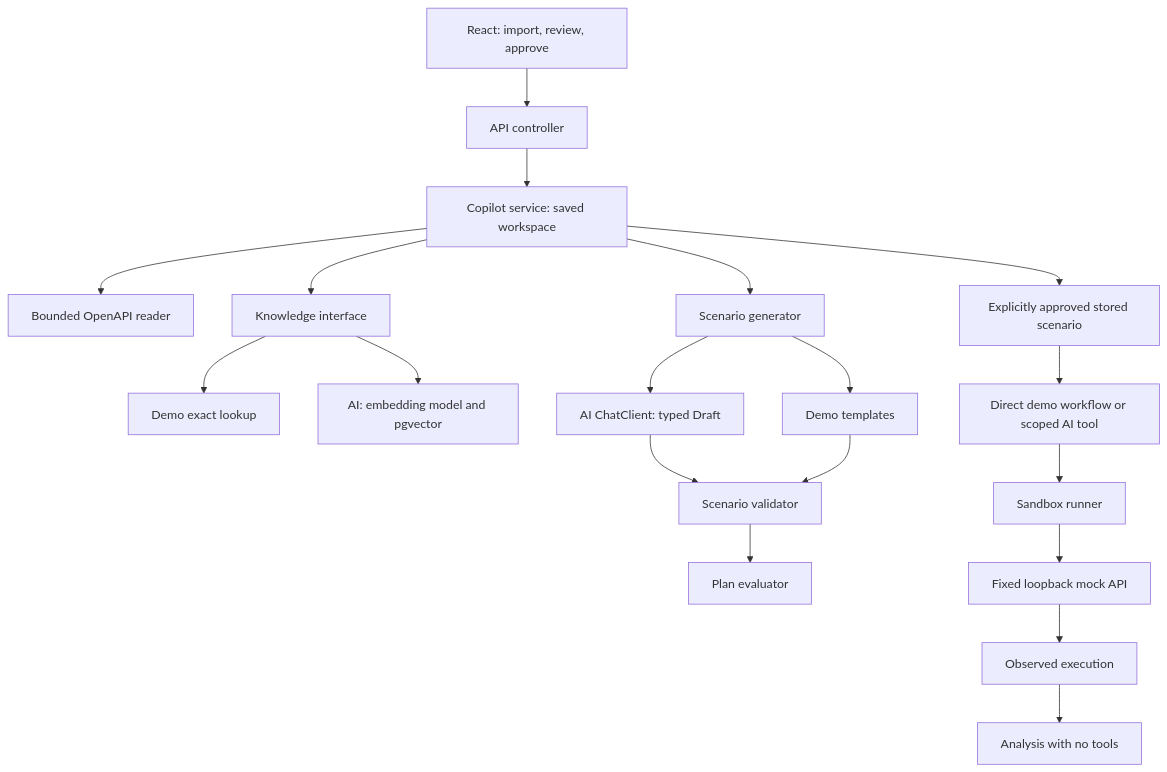
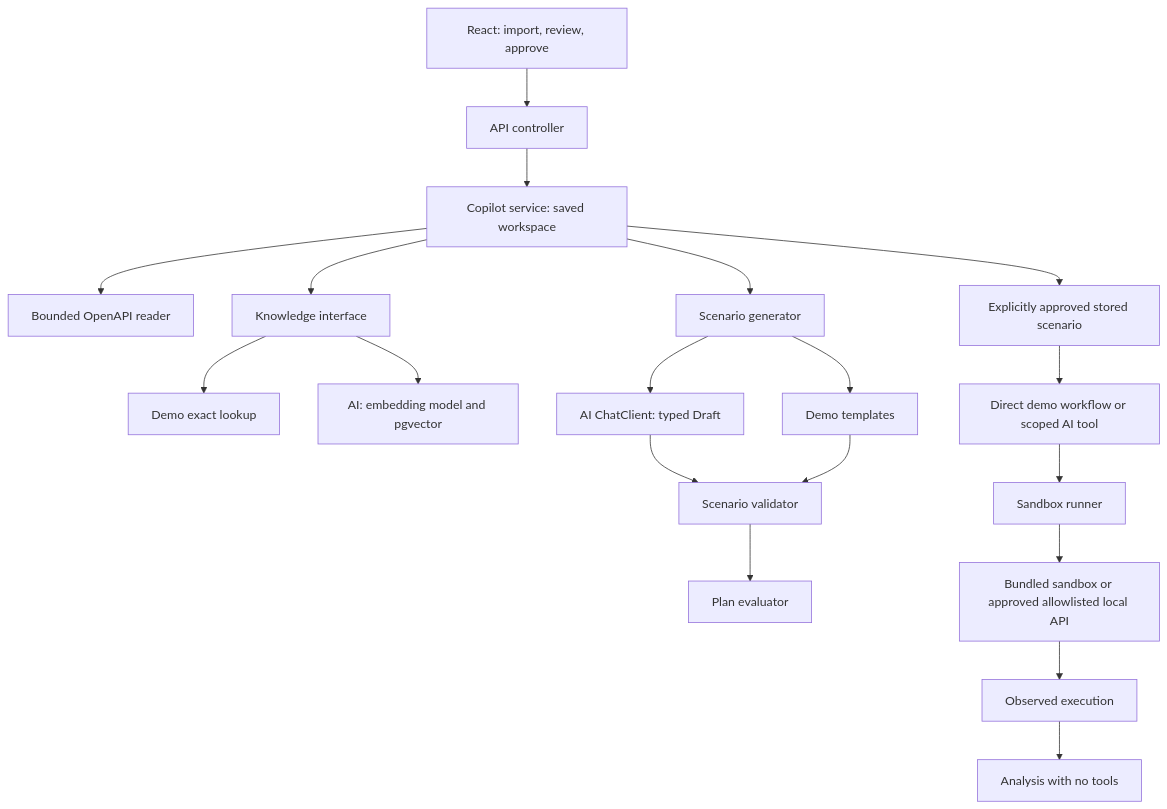
The diagram in docs/ARCHITECTURE.md (riisav147/api-testing-copilot), drawn with Mermaid before and after one commit. The commit also changed other lines of this file and 19 other files, not shown here.

````diff
--- a/docs/ARCHITECTURE.md
+++ b/docs/ARCHITECTURE.md
@@ -3,21 +3,21 @@
 ```mermaid
 flowchart TD
     U[React: import, review, approve] --> C[API controller]
     C --> S[Copilot service: saved workspace]
     S --> P[Bounded OpenAPI reader]
     S --> K[Knowledge interface]
     K --> D[Demo exact lookup]
     K --> V[AI: embedding model and pgvector]
     S --> G[Scenario generator]
     G --> T[Demo templates]
     G --> L[AI ChatClient: typed Draft]
     L --> Q[Scenario validator]
     T --> Q
     Q --> E[Plan evaluator]
     S --> A[Explicitly approved stored scenario]
     A --> W[Direct demo workflow or scoped AI tool]
     W --> R[Sandbox runner]
-    R --> M[Fixed loopback mock API]
+    R --> M[Bundled sandbox or approved allowlisted local API]
     M --> O[Observed execution]
     O --> F[Analysis with no tools]
 ```
````
